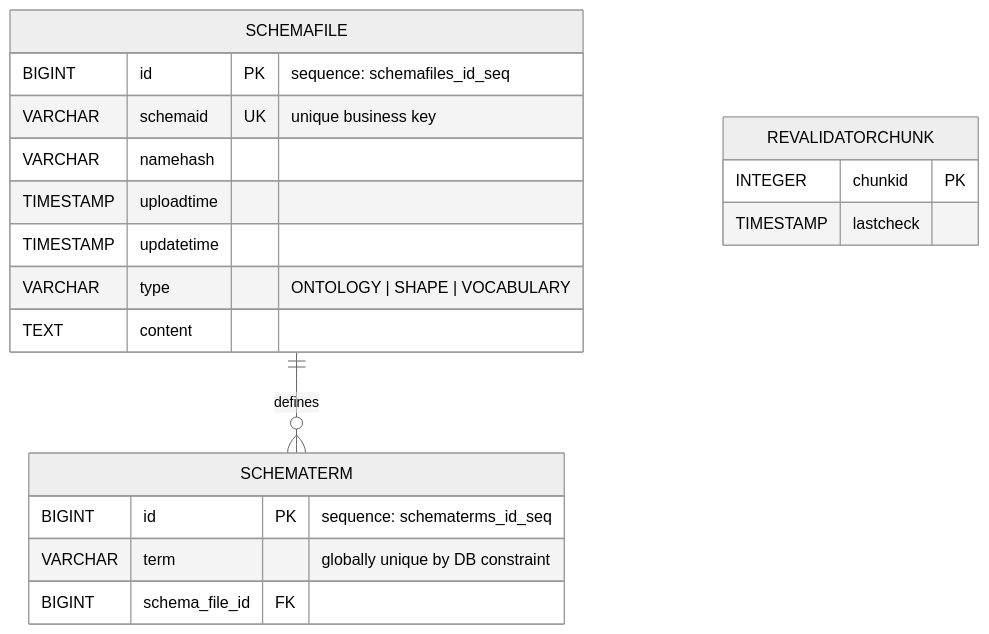
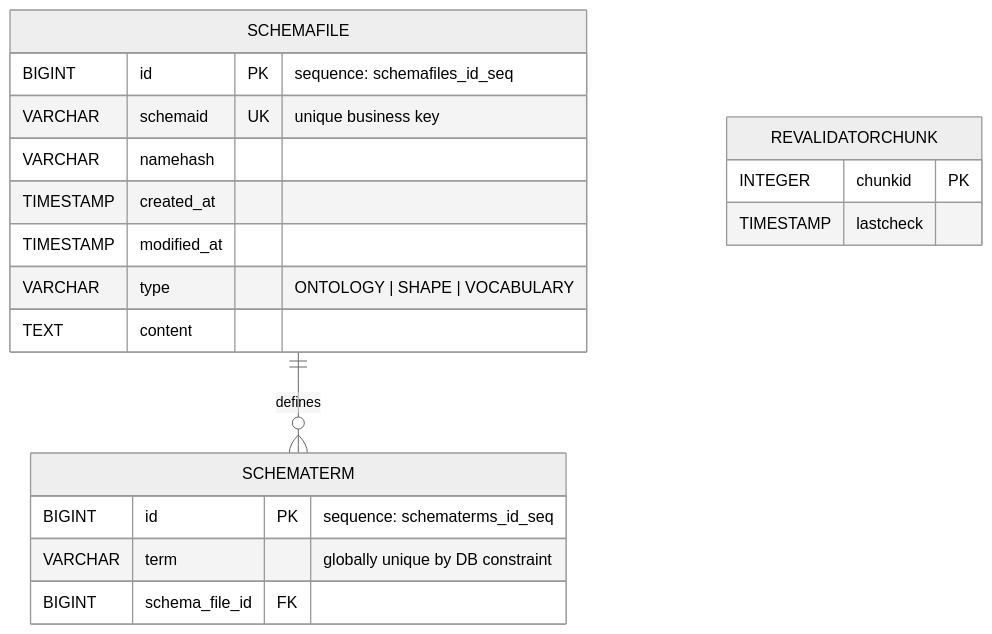
Before and after one commit to eclipse-xfsc/docs: the sixth of 13 diagrams in federated-catalogue/src/docs/architecture/chapters/05_building_block_view.adoc, drawn with Mermaid (neutral theme). The commit also changed other lines of this file and 1 other file, not shown here.

First line of the commit message:
Enhancement/CAT-FR-SF-02-schema-versioning (#14)

```diff
--- a/federated-catalogue/src/docs/architecture/chapters/05_building_block_view.adoc
+++ b/federated-catalogue/src/docs/architecture/chapters/05_building_block_view.adoc
@@ -719,26 +738,26 @@
 [mermaid, width=2000]
 ....
 erDiagram
     SCHEMAFILE {
         BIGINT id PK "sequence: schemafiles_id_seq"
         VARCHAR schemaid UK "unique business key"
         VARCHAR namehash
-        TIMESTAMP uploadtime
-        TIMESTAMP updatetime
+        TIMESTAMP created_at
+        TIMESTAMP modified_at
         VARCHAR type "ONTOLOGY | SHAPE | VOCABULARY"
         TEXT content
     }
 
     SCHEMATERM {
         BIGINT id PK "sequence: schematerms_id_seq"
         VARCHAR term "globally unique by DB constraint"
         BIGINT schema_file_id FK
     }
 
     REVALIDATORCHUNK {
         INTEGER chunkid PK
         TIMESTAMP lastcheck
     }
 
     SCHEMAFILE ||--o{ SCHEMATERM : defines
 ....
```
